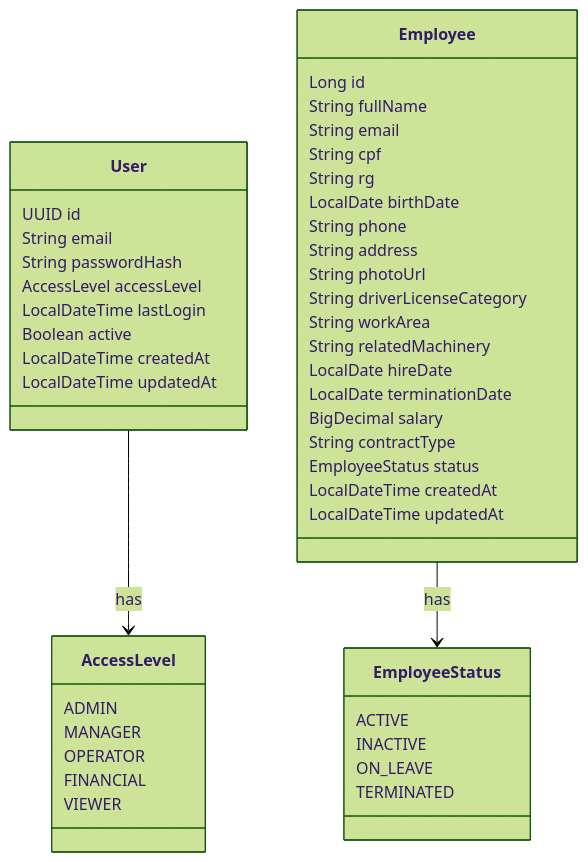
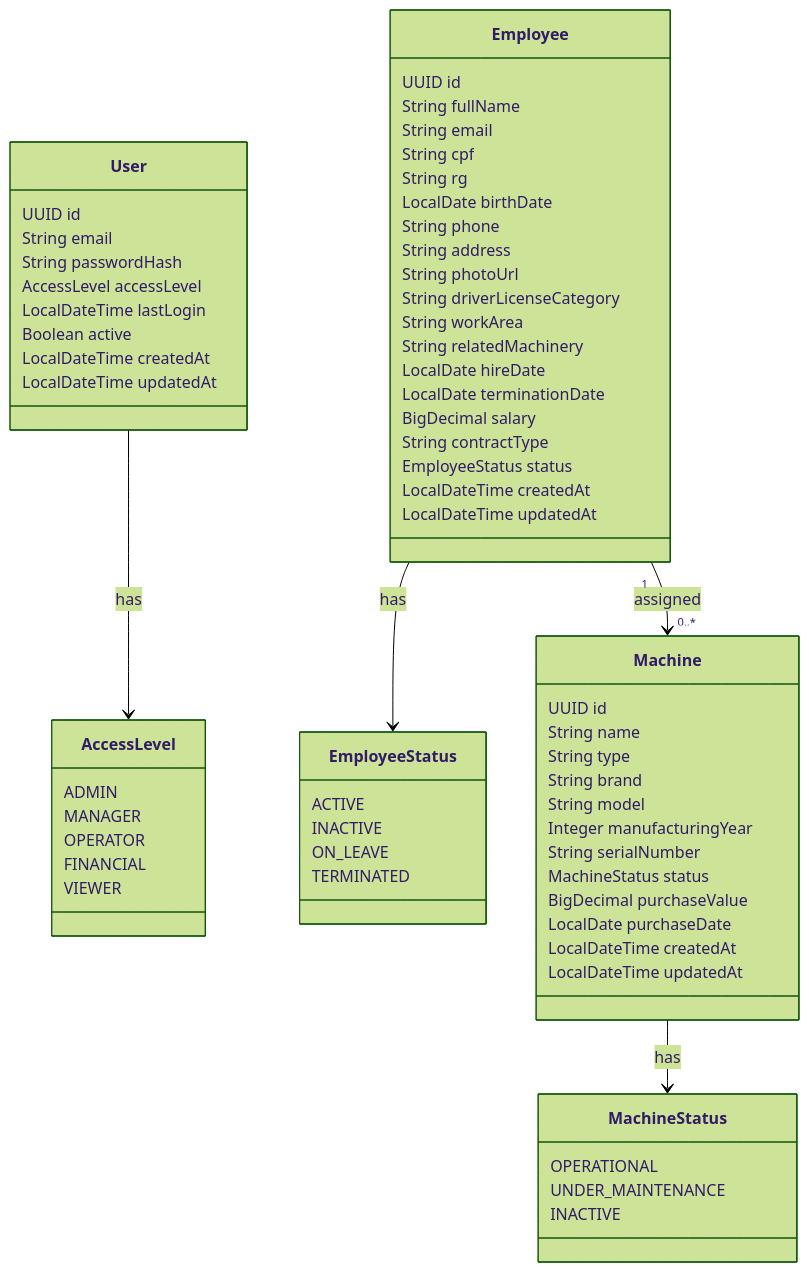
One commit to Pablo-M-Santos/Agrosoft changed the diagram in README.md. Above: the diagram before and after it, drawn with Mermaid (forest theme). The commit also changed 9 other files, not shown here.

````diff
--- a/README.md
+++ b/README.md
@@ -131,54 +131,78 @@
 ```mermaid
 classDiagram
     class User {
         UUID id
         String email
         String passwordHash
         AccessLevel accessLevel
         LocalDateTime lastLogin
         Boolean active
         LocalDateTime createdAt
         LocalDateTime updatedAt
     }
 
-     class Employee {
-        Long id
+    class Employee {
+        UUID id
         String fullName
         String email
         String cpf
         String rg
         LocalDate birthDate
         String phone
         String address
         String photoUrl
         String driverLicenseCategory
         String workArea
         String relatedMachinery
         LocalDate hireDate
         LocalDate terminationDate
         BigDecimal salary
         String contractType
         EmployeeStatus status
         LocalDateTime createdAt
         LocalDateTime updatedAt
     }
 
+    class Machine {
+        UUID id
+        String name
+        String type
+        String brand
+        String model
+        Integer manufacturingYear
+        String serialNumber
+        MachineStatus status
+        BigDecimal purchaseValue
+        LocalDate purchaseDate
+        LocalDateTime createdAt
+        LocalDateTime updatedAt
+    }
+
     class AccessLevel {
         ADMIN
         MANAGER
         OPERATOR
         FINANCIAL
         VIEWER
     }
 
     class EmployeeStatus {
         ACTIVE
         INACTIVE
         ON_LEAVE
         TERMINATED
     }
 
+    class MachineStatus {
+        OPERATIONAL
+        UNDER_MAINTENANCE
+        INACTIVE
+    }
+
     User --> AccessLevel : has
     Employee --> EmployeeStatus : has
+    Machine --> MachineStatus : has
+    Employee "1" --> "0..*" Machine : assigned
+
 
 ```
````
